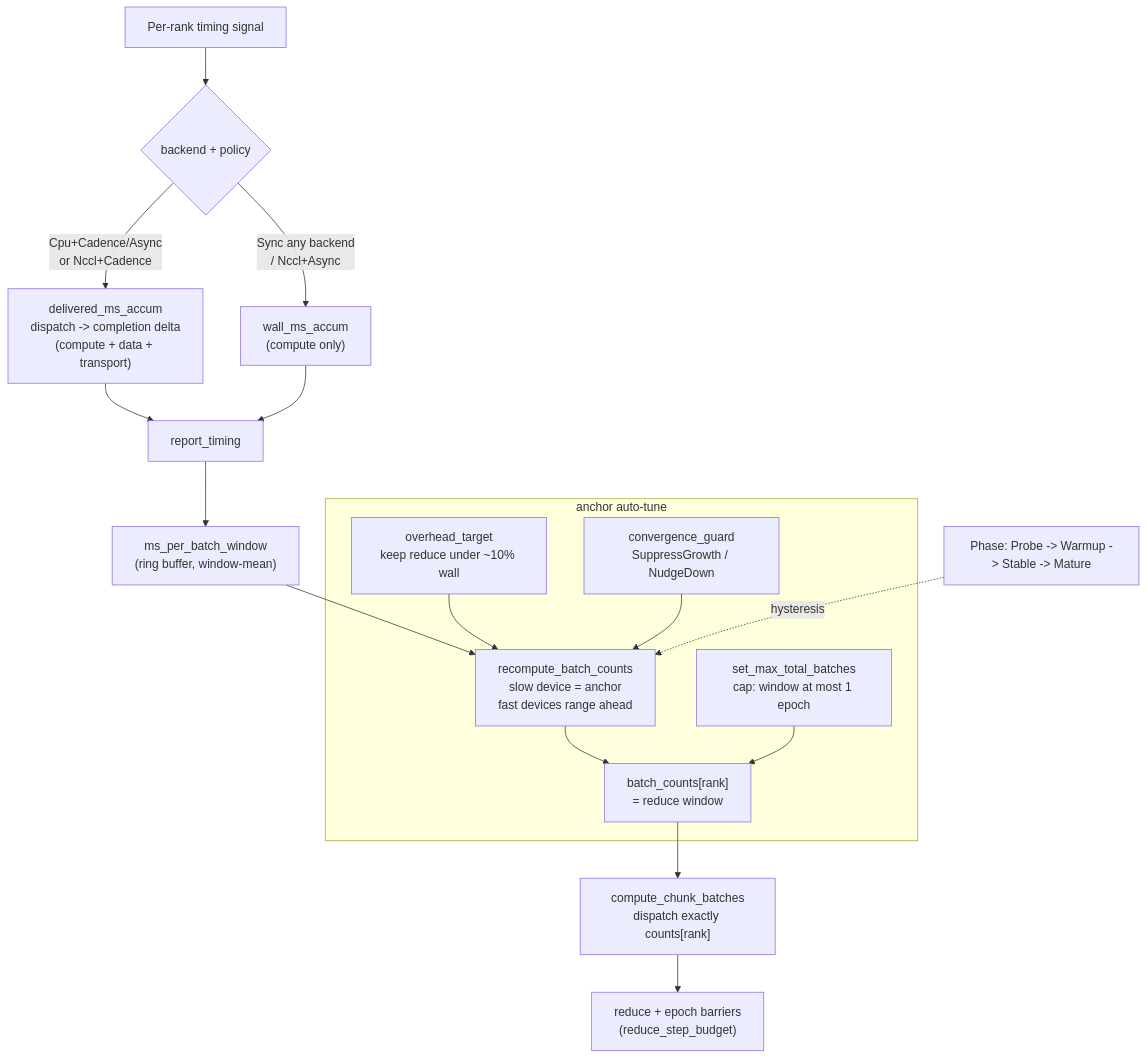
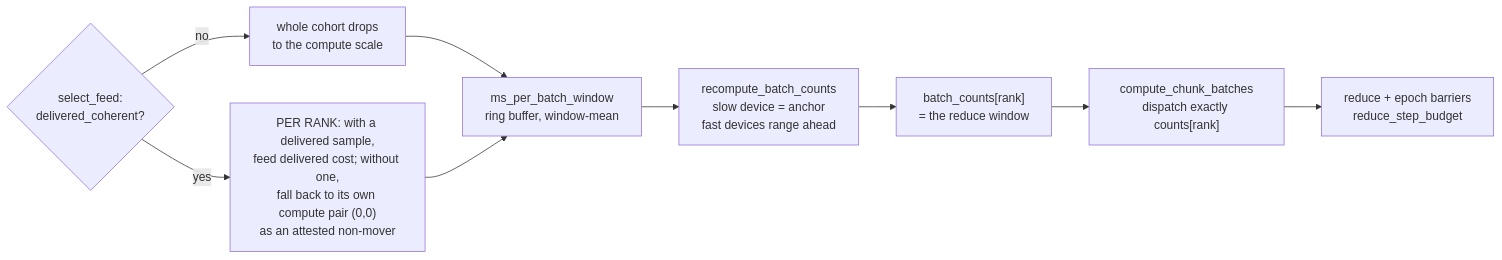
Before and after one commit to fab2s/floDl: the sixth of 7 diagrams in docs/distributed/architecture.md, drawn with Mermaid. The commit also changed other lines of this file and 10 other files, not shown here.

Commit message:
doc: add architecture in internals

````diff
--- a/docs/distributed/architecture.md
+++ b/docs/distributed/architecture.md
@@ -302,21 +446,11 @@
 ```mermaid
-flowchart TB
-    A["Per-rank timing signal"] --> B{backend + policy}
-    B -->|Cpu+Cadence/Async<br/>or Nccl+Cadence| C["delivered_ms_accum<br/>dispatch -> completion delta<br/>(compute + data + transport)"]
-    B -->|Sync any backend<br/>/ Nccl+Async| D["wall_ms_accum<br/>(compute only)"]
-    C --> E["report_timing"]
-    D --> E
-    E --> F["ms_per_batch_window<br/>(ring buffer, window-mean)"]
-    F --> G["recompute_batch_counts<br/>slow device = anchor<br/>fast devices range ahead"]
-    G --> H["batch_counts[rank]<br/>= reduce window"]
-    H --> I["compute_chunk_batches<br/>dispatch exactly counts[rank]"]
-    I --> J["reduce + epoch barriers<br/>(reduce_step_budget)"]
-
-    subgraph autotune["anchor auto-tune"]
-        K["overhead_target<br/>keep reduce under ~10% wall"] --> G
-        M["convergence_guard<br/>SuppressGrowth / NudgeDown"] --> G
-        N["set_max_total_batches<br/>cap: window at most 1 epoch"] --> H
-    end
-
-    P["Phase: Probe -> Warmup -> Stable -> Mature"] -.->|hysteresis| G
+flowchart LR
+    H{"select_feed:<br/>delivered_coherent?"} -->|no| I["whole cohort drops<br/>to the compute scale"]
+    H -->|yes| J["PER RANK: with a delivered sample,<br/>feed delivered cost; without one,<br/>fall back to its own compute pair (0,0)<br/>as an attested non-mover"]
+    I --> K["ms_per_batch_window<br/>ring buffer, window-mean"]
+    J --> K
+    K --> L["recompute_batch_counts<br/>slow device = anchor<br/>fast devices range ahead"]
+    L --> M["batch_counts[rank]<br/>= the reduce window"]
+    M --> N["compute_chunk_batches<br/>dispatch exactly counts[rank]"]
+    N --> O["reduce + epoch barriers<br/>reduce_step_budget"]
 ```
````
